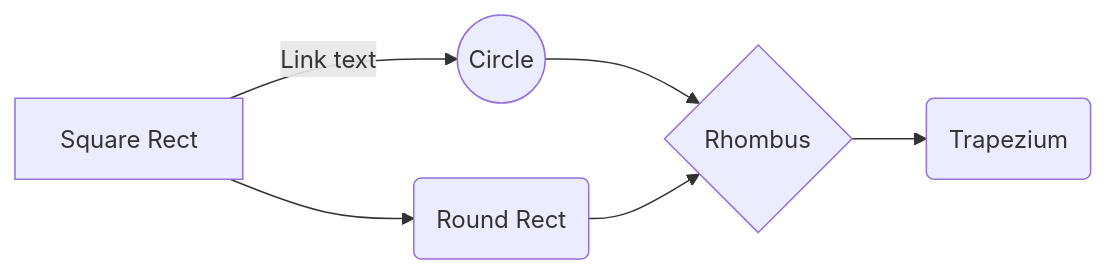
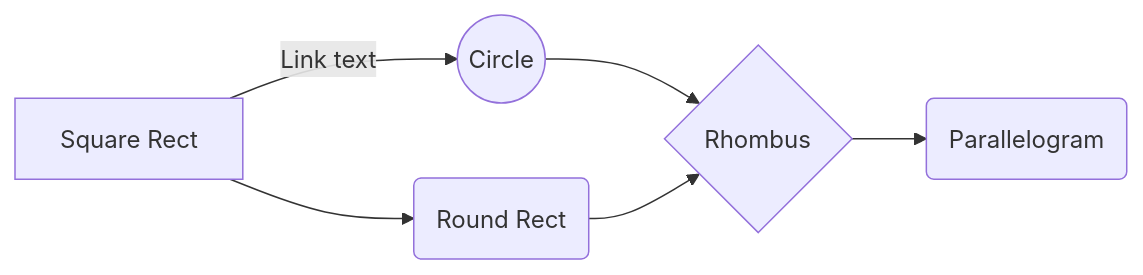
The second of 2 diagrams in exercise/ChristineNies/readme.md (drshahizan/learn-github), drawn with Mermaid before and after one commit.

````diff
--- a/exercise/ChristineNies/readme.md
+++ b/exercise/ChristineNies/readme.md
@@ -64,8 +64,8 @@
 ```mermaid
 graph LR
 A[Square Rect] -- Link text --> B((Circle))
 A --> C(Round Rect)
 B --> D{Rhombus}
 C --> D
-D --> E(Trapezium)
+D --> E(Parallelogram)
 ```
````
